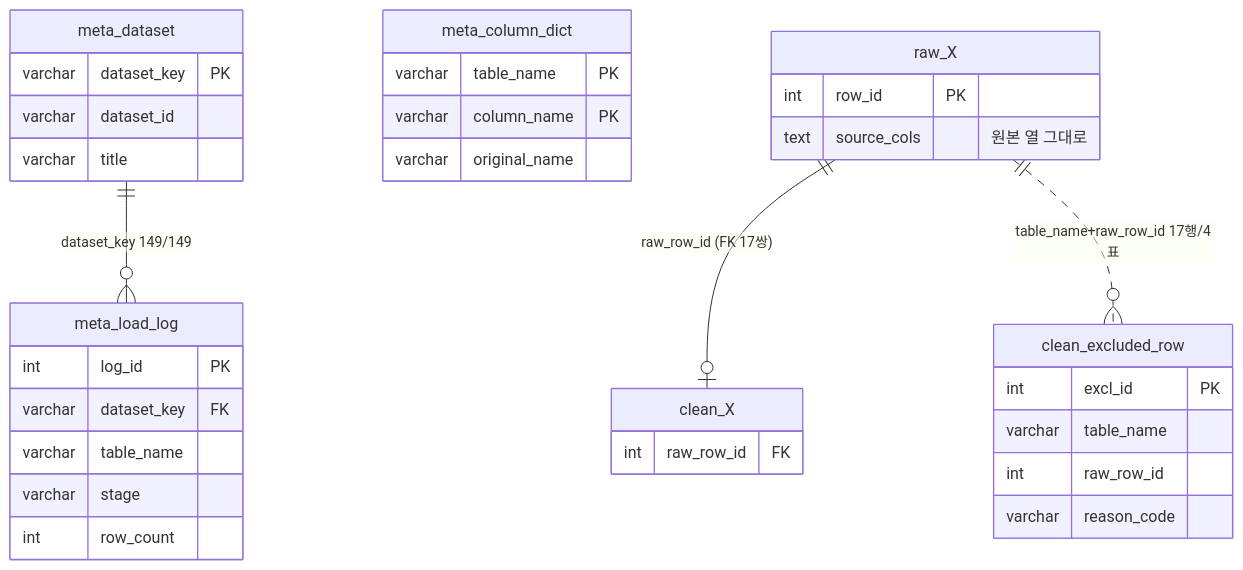
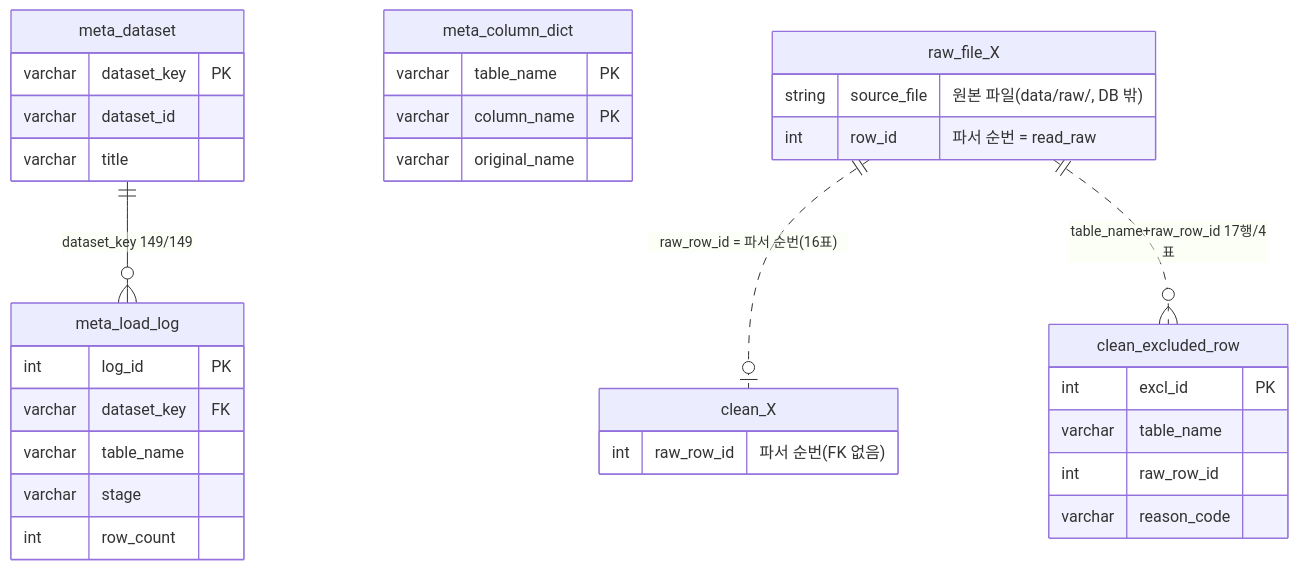
The fifth of 5 diagrams in docs/db/erd.md (tchoco313/defense_dashboard), drawn with Mermaid before and after one commit. The commit also changed other lines of this file and 47 other files, not shown here.

````diff
--- a/docs/db/erd.md
+++ b/docs/db/erd.md
@@ -214,36 +214,36 @@
 ```mermaid
 erDiagram
   meta_dataset {
     varchar dataset_key PK
     varchar dataset_id
     varchar title
   }
   meta_load_log {
     int log_id PK
     varchar dataset_key FK
     varchar table_name
     varchar stage
     int row_count
   }
   meta_column_dict {
     varchar table_name PK
     varchar column_name PK
     varchar original_name
   }
-  raw_X {
-    int row_id PK
-    text source_cols "원본 열 그대로"
+  raw_file_X {
+    string source_file "원본 파일(data/raw/, DB 밖)"
+    int row_id "파서 순번 = read_raw"
   }
   clean_X {
-    int raw_row_id FK
+    int raw_row_id "파서 순번(FK 없음)"
   }
   clean_excluded_row {
     int excl_id PK
     varchar table_name
     int raw_row_id
     varchar reason_code
   }
   meta_dataset ||--o{ meta_load_log : "dataset_key 149/149"
-  raw_X ||--o| clean_X : "raw_row_id (FK 17쌍)"
-  raw_X ||..o{ clean_excluded_row : "table_name+raw_row_id 17행/4표"
+  raw_file_X ||..o| clean_X : "raw_row_id = 파서 순번(16표)"
+  raw_file_X ||..o{ clean_excluded_row : "table_name+raw_row_id 17행/4표"
 ```
````
